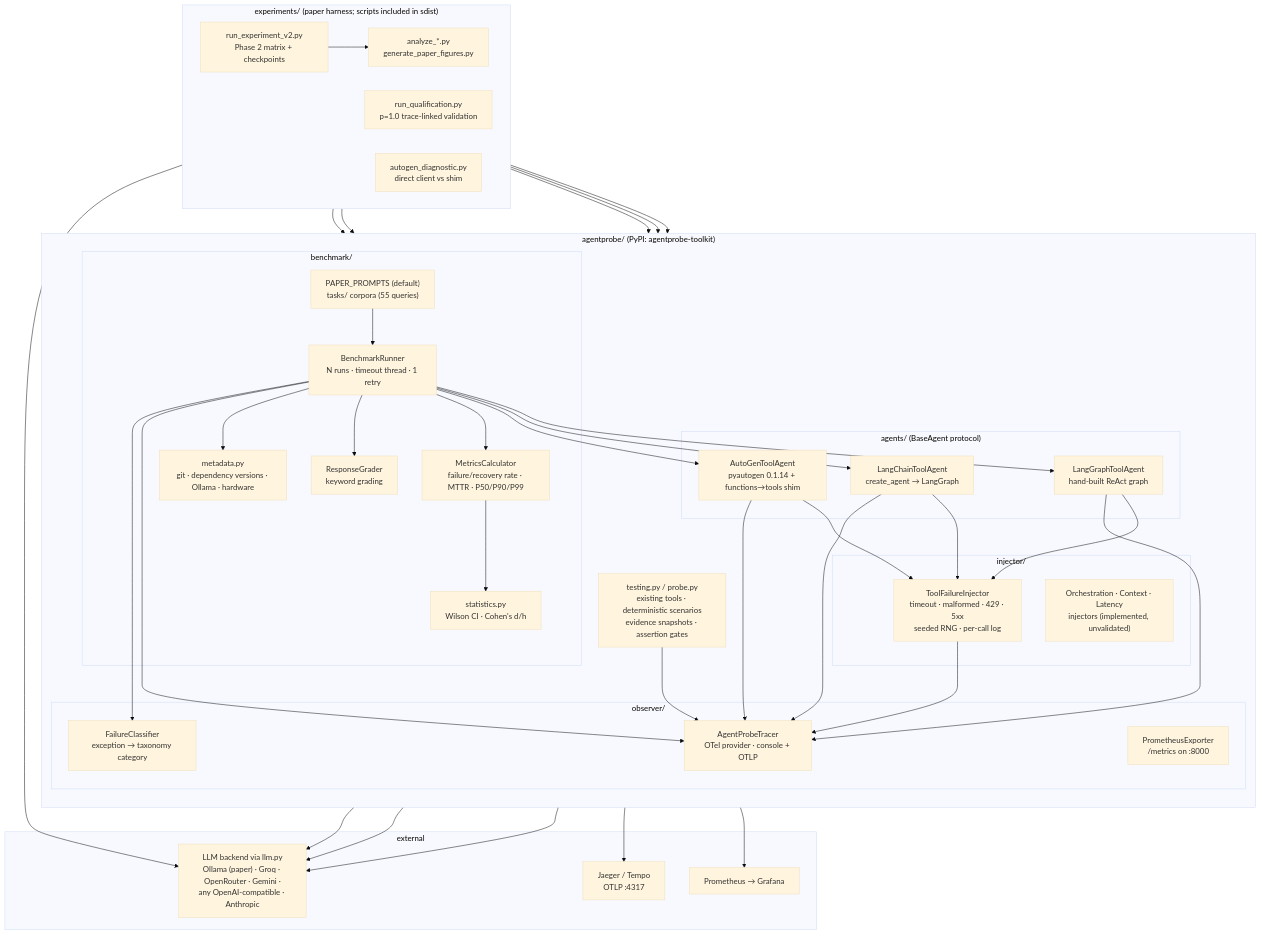
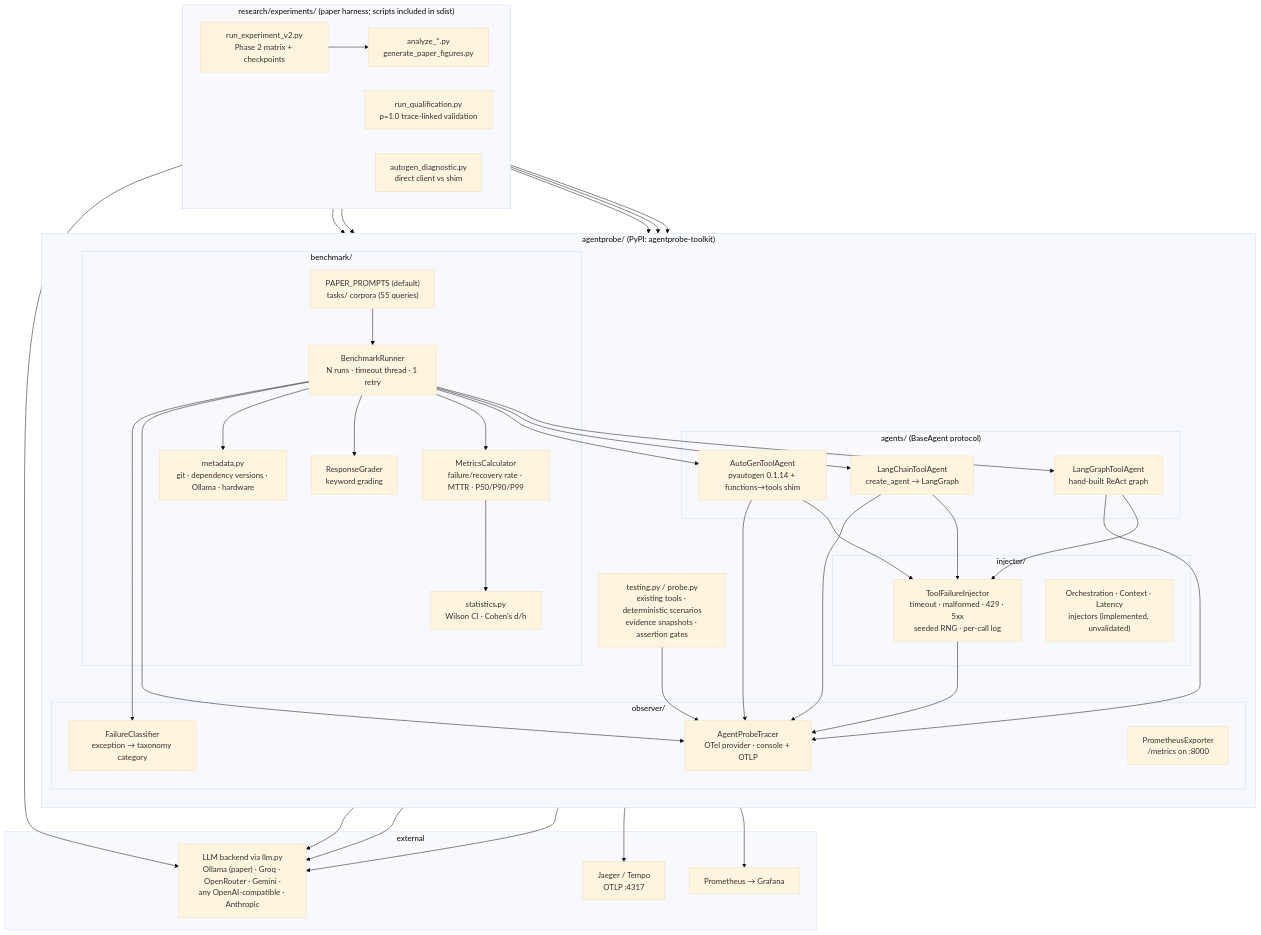
The first of 6 diagrams in ARCHITECTURE.md (chhayankjain/AgentProbe), drawn with Mermaid (base theme) before and after one commit. The commit also changed other lines of this file and 292 other files, not shown here.

````diff
--- a/ARCHITECTURE.md
+++ b/ARCHITECTURE.md
@@ -11,58 +11,58 @@
 ```mermaid
 flowchart TB
-    subgraph EXP["experiments/  (paper harness; scripts included in sdist)"]
+    subgraph EXP["research/experiments/  (paper harness; scripts included in sdist)"]
         direction LR
         RUNv2["run_experiment_v2.py<br/>Phase 2 matrix + checkpoints"]
         QUAL["run_qualification.py<br/>p=1.0 trace-linked validation"]
         DIAG["autogen_diagnostic.py<br/>direct client vs shim"]
         AN["analyze_*.py<br/>generate_paper_figures.py"]
     end
 
     subgraph PKG["agentprobe/  (PyPI: agentprobe-toolkit)"]
         direction TB
         PROBE["testing.py / probe.py<br/>existing tools · deterministic scenarios<br/>evidence snapshots · assertion gates"]
         subgraph BENCH["benchmark/"]
             RUNNER["BenchmarkRunner<br/>N runs · timeout thread · 1 retry"]
             METRICS["MetricsCalculator<br/>failure/recovery rate · MTTR · P50/P90/P99"]
             GRADER["ResponseGrader<br/>keyword grading"]
             STATS["statistics.py<br/>Wilson CI · Cohen's d/h"]
             TASKS["PAPER_PROMPTS (default)<br/>tasks/ corpora (55 queries)"]
             META["metadata.py<br/>git · dependency versions · Ollama · hardware"]
         end
         subgraph AGENTS["agents/  (BaseAgent protocol)"]
             LG["LangGraphToolAgent<br/>hand-built ReAct graph"]
             LC["LangChainToolAgent<br/>create_agent → LangGraph"]
             AG["AutoGenToolAgent<br/>pyautogen 0.1.14 + functions→tools shim"]
         end
         subgraph INJ["injector/"]
             TOOLINJ["ToolFailureInjector<br/>timeout · malformed · 429 · 5xx<br/>seeded RNG · per-call log"]
             OTHERINJ["Orchestration · Context · Latency<br/>injectors (implemented, unvalidated)"]
         end
         subgraph OBS["observer/"]
             TRACER["AgentProbeTracer<br/>OTel provider · console + OTLP"]
             CLS["FailureClassifier<br/>exception → taxonomy category"]
             PROM["PrometheusExporter<br/>/metrics on :8000"]
         end
     end
 
     subgraph EXT["external"]
         LLM["LLM backend via llm.py<br/>Ollama (paper) · Groq · OpenRouter · Gemini ·<br/>any OpenAI-compatible · Anthropic"]
         OTELB["Jaeger / Tempo<br/>OTLP :4317"]
         PROMS["Prometheus → Grafana"]
     end
 
     RUNv2 --> RUNNER
     QUAL --> LG & LC & AG
     DIAG --> AG & LLM
     RUNNER --> LG & LC & AG
     RUNNER --> METRICS & GRADER & META
     METRICS --> STATS
     TASKS --> RUNNER
     LG & LC & AG --> TOOLINJ
     LG & LC & AG --> LLM
     PROBE & TOOLINJ & RUNNER & LG & LC & AG --> TRACER
     RUNNER --> CLS
     TRACER --> OTELB
     PROM --> PROMS
     RUNv2 --> AN
 ```
````
